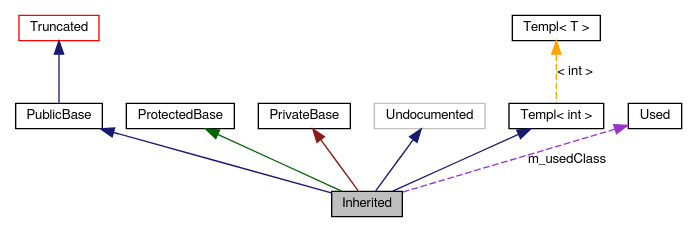
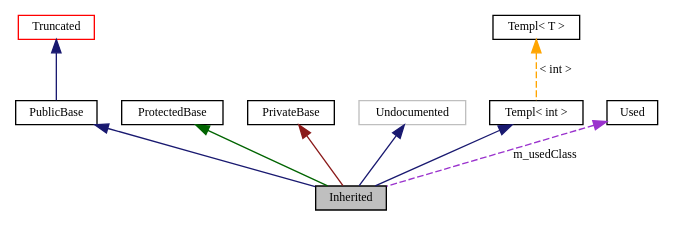
One commit to vamp-plugins/vamp-static-site changed the diagram in code-doc/graph_legend.dot. Above: the diagram before and after it, drawn with Graphviz. The commit also changed 308 other files, not shown here.

```diff
--- a/code-doc/graph_legend.dot
+++ b/code-doc/graph_legend.dot
@@ -1,22 +1,22 @@
 digraph G
 {
-  edge [fontname="FreeSans",fontsize=10,labelfontname="FreeSans",labelfontsize=10];
-  node [fontname="FreeSans",fontsize=10,shape=record];
-  Node9 [shape="box",label="Inherited",fontsize=10,height=0.2,width=0.4,fontname="FreeSans",fillcolor="grey75",style="filled" fontcolor="black"];
-  Node10 -> Node9 [dir=back,color="midnightblue",fontsize=10,style="solid",fontname="FreeSans"];
-  Node10 [shape="box",label="PublicBase",fontsize=10,height=0.2,width=0.4,fontname="FreeSans",color="black",URL="$classPublicBase.html"];
-  Node11 -> Node10 [dir=back,color="midnightblue",fontsize=10,style="solid",fontname="FreeSans"];
-  Node11 [shape="box",label="Truncated",fontsize=10,height=0.2,width=0.4,fontname="FreeSans",color="red",URL="$classTruncated.html"];
-  Node13 -> Node9 [dir=back,color="darkgreen",fontsize=10,style="solid",fontname="FreeSans"];
-  Node13 [shape="box",label="ProtectedBase",fontsize=10,height=0.2,width=0.4,fontname="FreeSans",color="black",URL="$classProtectedBase.html"];
-  Node14 -> Node9 [dir=back,color="firebrick4",fontsize=10,style="solid",fontname="FreeSans"];
-  Node14 [shape="box",label="PrivateBase",fontsize=10,height=0.2,width=0.4,fontname="FreeSans",color="black",URL="$classPrivateBase.html"];
-  Node15 -> Node9 [dir=back,color="midnightblue",fontsize=10,style="solid",fontname="FreeSans"];
-  Node15 [shape="box",label="Undocumented",fontsize=10,height=0.2,width=0.4,fontname="FreeSans",color="grey75"];
-  Node16 -> Node9 [dir=back,color="midnightblue",fontsize=10,style="solid",fontname="FreeSans"];
-  Node16 [shape="box",label="Templ< int >",fontsize=10,height=0.2,width=0.4,fontname="FreeSans",color="black",URL="$classTempl.html"];
-  Node17 -> Node16 [dir=back,color="orange",fontsize=10,style="dashed",label="< int >",fontname="FreeSans"];
-  Node17 [shape="box",label="Templ< T >",fontsize=10,height=0.2,width=0.4,fontname="FreeSans",color="black",URL="$classTempl.html"];
-  Node18 -> Node9 [dir=back,color="darkorchid3",fontsize=10,style="dashed",label="m_usedClass",fontname="FreeSans"];
-  Node18 [shape="box",label="Used",fontsize=10,height=0.2,width=0.4,fontname="FreeSans",color="black",URL="$classUsed.html"];
+  edge [fontname="DejaVuSansCondensed",fontsize="9",labelfontname="DejaVuSansCondensed",labelfontsize="9"];
+  node [fontname="DejaVuSansCondensed",fontsize="9",shape=record];
+  Node9 [shape="box",label="Inherited",fontsize="9",height=0.2,width=0.4,fontname="DejaVuSansCondensed",fillcolor="grey75",style="filled" fontcolor="black"];
+  Node10 -> Node9 [dir=back,color="midnightblue",fontsize="9",style="solid",fontname="DejaVuSansCondensed"];
+  Node10 [shape="box",label="PublicBase",fontsize="9",height=0.2,width=0.4,fontname="DejaVuSansCondensed",color="black",URL="$classPublicBase.html"];
+  Node11 -> Node10 [dir=back,color="midnightblue",fontsize="9",style="solid",fontname="DejaVuSansCondensed"];
+  Node11 [shape="box",label="Truncated",fontsize="9",height=0.2,width=0.4,fontname="DejaVuSansCondensed",color="red",URL="$classTruncated.html"];
+  Node13 -> Node9 [dir=back,color="darkgreen",fontsize="9",style="solid",fontname="DejaVuSansCondensed"];
+  Node13 [shape="box",label="ProtectedBase",fontsize="9",height=0.2,width=0.4,fontname="DejaVuSansCondensed",color="black",URL="$classProtectedBase.html"];
+  Node14 -> Node9 [dir=back,color="firebrick4",fontsize="9",style="solid",fontname="DejaVuSansCondensed"];
+  Node14 [shape="box",label="PrivateBase",fontsize="9",height=0.2,width=0.4,fontname="DejaVuSansCondensed",color="black",URL="$classPrivateBase.html"];
+  Node15 -> Node9 [dir=back,color="midnightblue",fontsize="9",style="solid",fontname="DejaVuSansCondensed"];
+  Node15 [shape="box",label="Undocumented",fontsize="9",height=0.2,width=0.4,fontname="DejaVuSansCondensed",color="grey75"];
+  Node16 -> Node9 [dir=back,color="midnightblue",fontsize="9",style="solid",fontname="DejaVuSansCondensed"];
+  Node16 [shape="box",label="Templ< int >",fontsize="9",height=0.2,width=0.4,fontname="DejaVuSansCondensed",color="black",URL="$classTempl.html"];
+  Node17 -> Node16 [dir=back,color="orange",fontsize="9",style="dashed",label="< int >",fontname="DejaVuSansCondensed"];
+  Node17 [shape="box",label="Templ< T >",fontsize="9",height=0.2,width=0.4,fontname="DejaVuSansCondensed",color="black",URL="$classTempl.html"];
+  Node18 -> Node9 [dir=back,color="darkorchid3",fontsize="9",style="dashed",label="m_usedClass",fontname="DejaVuSansCondensed"];
+  Node18 [shape="box",label="Used",fontsize="9",height=0.2,width=0.4,fontname="DejaVuSansCondensed",color="black",URL="$classUsed.html"];
 }
```
